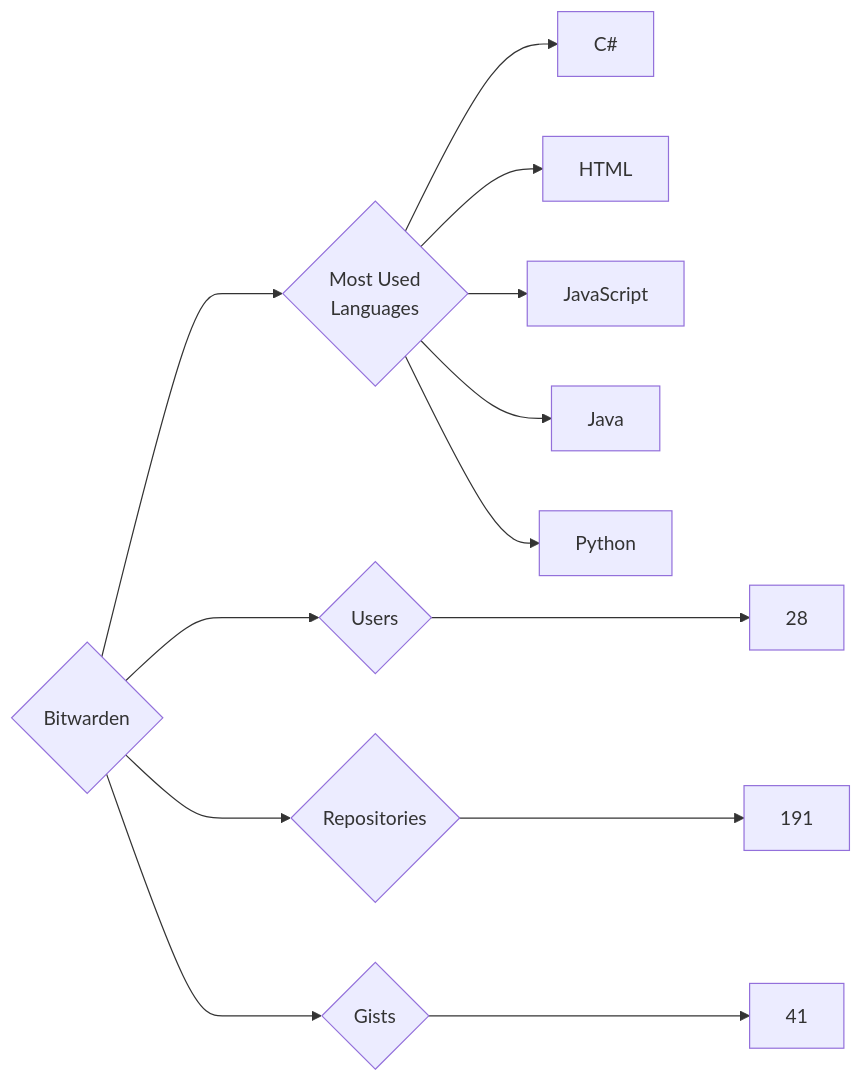
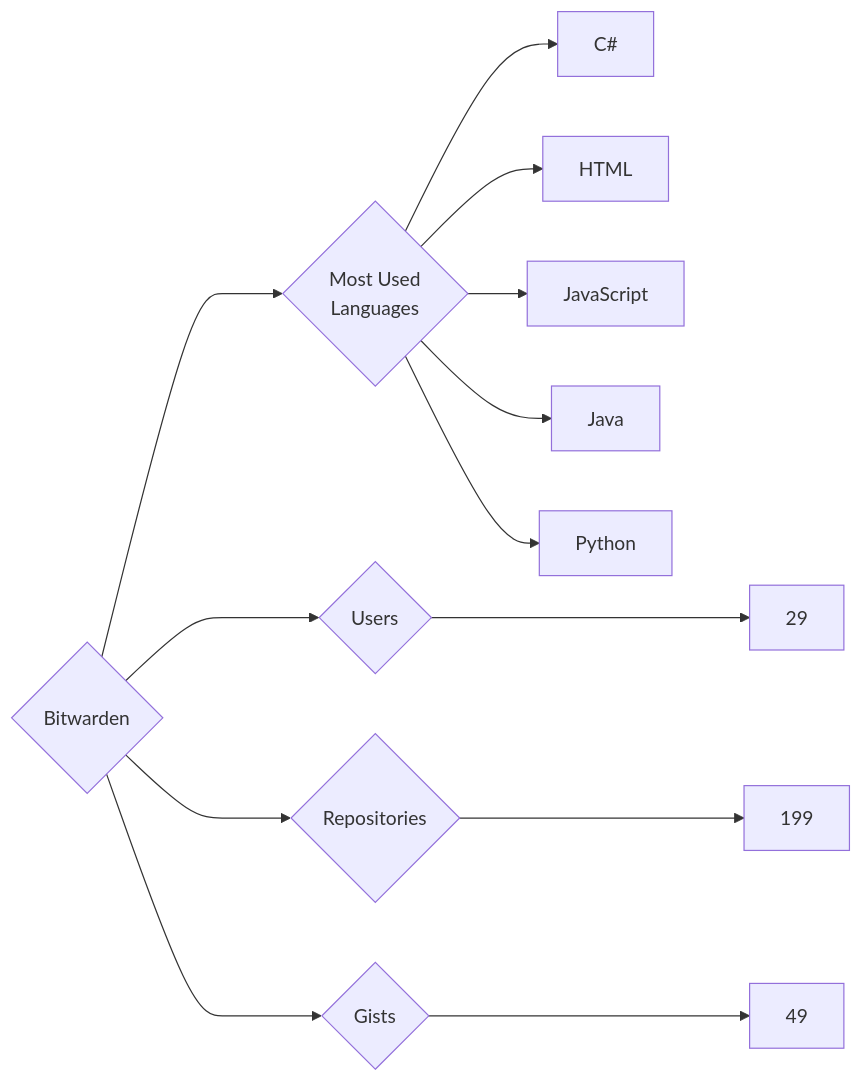
One commit to trickest/insiders changed the diagram in targets/Bitwarden/README.md. Above: the diagram before and after it, drawn with Mermaid. The commit also changed 935 other files, not shown here.

````diff
--- a/targets/Bitwarden/README.md
+++ b/targets/Bitwarden/README.md
@@ -3,13 +3,13 @@
 ```mermaid
 graph LR
 COMPANY_NAME{Bitwarden}
-COMPANY_NAME ---> U{Users} ---> UN[28]
-COMPANY_NAME ---> R{Repositories} ---> RN[191]
-COMPANY_NAME ---> G{Gists} ---> GN[41]
+COMPANY_NAME ---> U{Users} ---> UN[29]
+COMPANY_NAME ---> R{Repositories} ---> RN[199]
+COMPANY_NAME ---> G{Gists} ---> GN[49]
 COMPANY_NAME ---> ML{Most Used<br>Languages}
 ML --> C#[C#]
 ML --> HTML[HTML]
 ML --> JavaScript[JavaScript]
 ML --> Java[Java]
 ML --> Python[Python]
 ```
````
